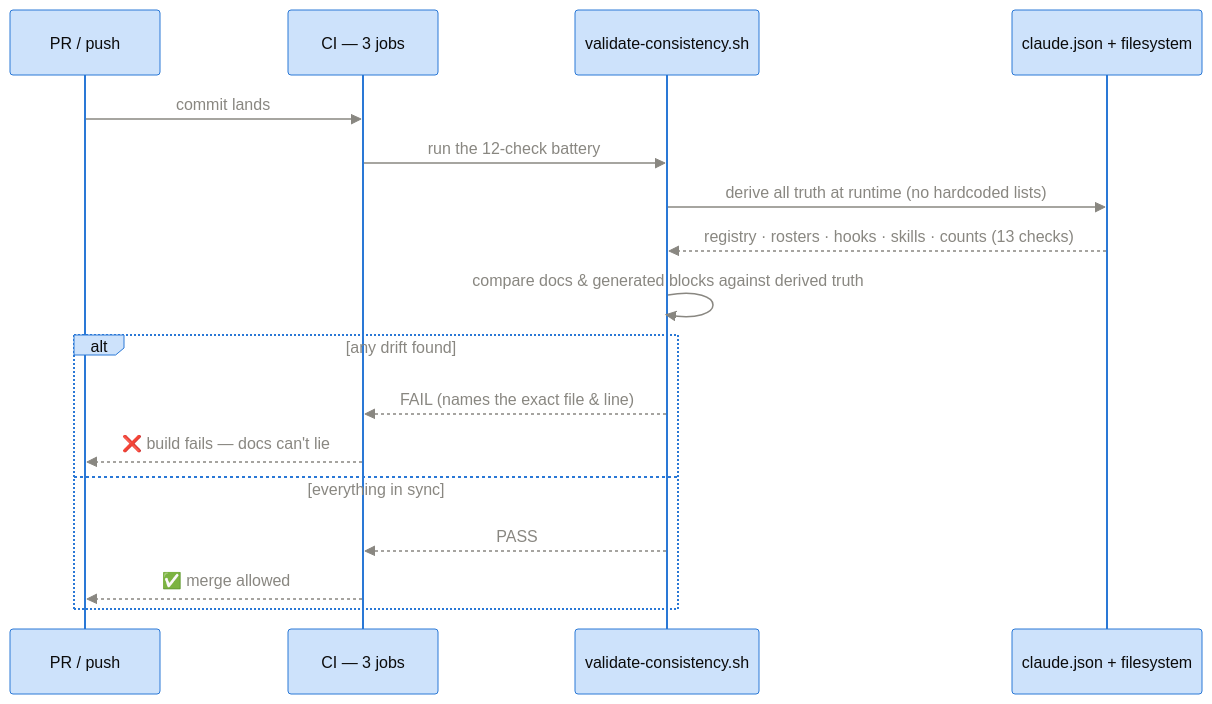
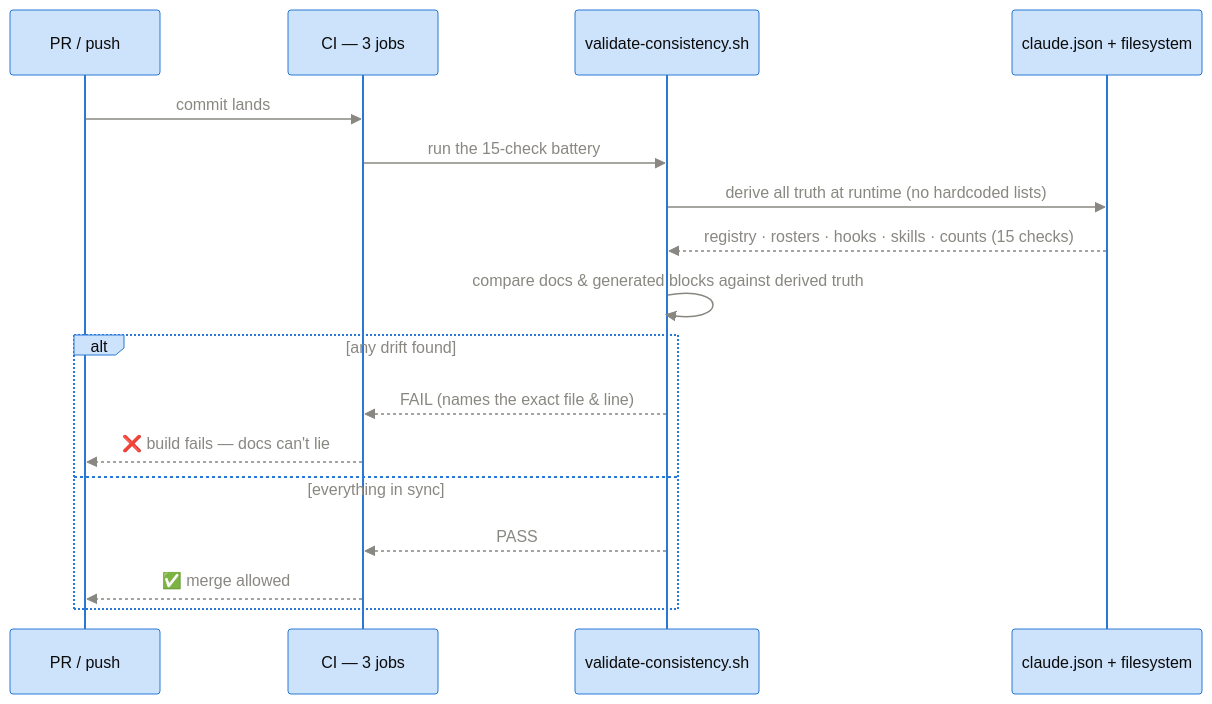
Before and after one commit to tomas-rampas/agentic-framework: the ninth of 9 diagrams in docs/team-presentation.md, drawn with Mermaid. The commit also changed other lines of this file and 4 other files, not shown here.

First line of the commit message:
docs: document CLAUDE.md protection and exit codes; correct stale check counts and tier policy

````diff
--- a/docs/team-presentation.md
+++ b/docs/team-presentation.md
@@ -280,21 +280,21 @@
 ```mermaid
 %%{init: {"theme": "base", "themeVariables": {"background": "transparent", "actorBkg": "#cde2fb", "actorBorder": "#2a78d6", "actorTextColor": "#0b0b0b", "signalColor": "#898781", "signalTextColor": "#898781", "loopTextColor": "#898781", "labelBoxBkgColor": "#cde2fb", "labelBoxBorderColor": "#2a78d6", "labelTextColor": "#0b0b0b", "noteBkgColor": "#fdeec9", "noteBorderColor": "#eda100", "noteTextColor": "#0b0b0b"}}}%%
 sequenceDiagram
     participant PR as PR / push
     participant CI as CI — 3 jobs
     participant V as validate-consistency.sh
     participant SOT as claude.json + filesystem
 
     PR->>CI: commit lands
-    CI->>V: run the 12-check battery
+    CI->>V: run the 15-check battery
     V->>SOT: derive all truth at runtime (no hardcoded lists)
-    SOT-->>V: registry · rosters · hooks · skills · counts (13 checks)
+    SOT-->>V: registry · rosters · hooks · skills · counts (15 checks)
     V->>V: compare docs & generated blocks against derived truth
     alt any drift found
         V-->>CI: FAIL (names the exact file & line)
         CI-->>PR: ❌ build fails — docs can't lie
     else everything in sync
         V-->>CI: PASS
         CI-->>PR: ✅ merge allowed
     end
 ```
````
